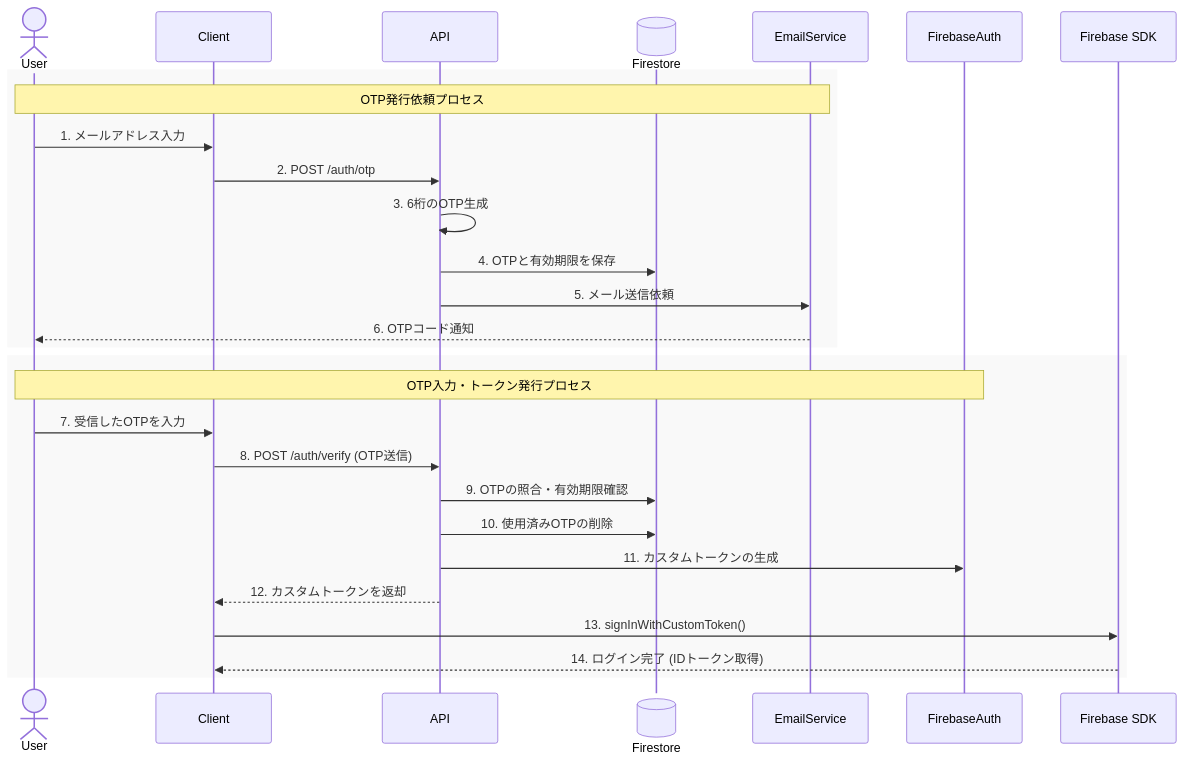
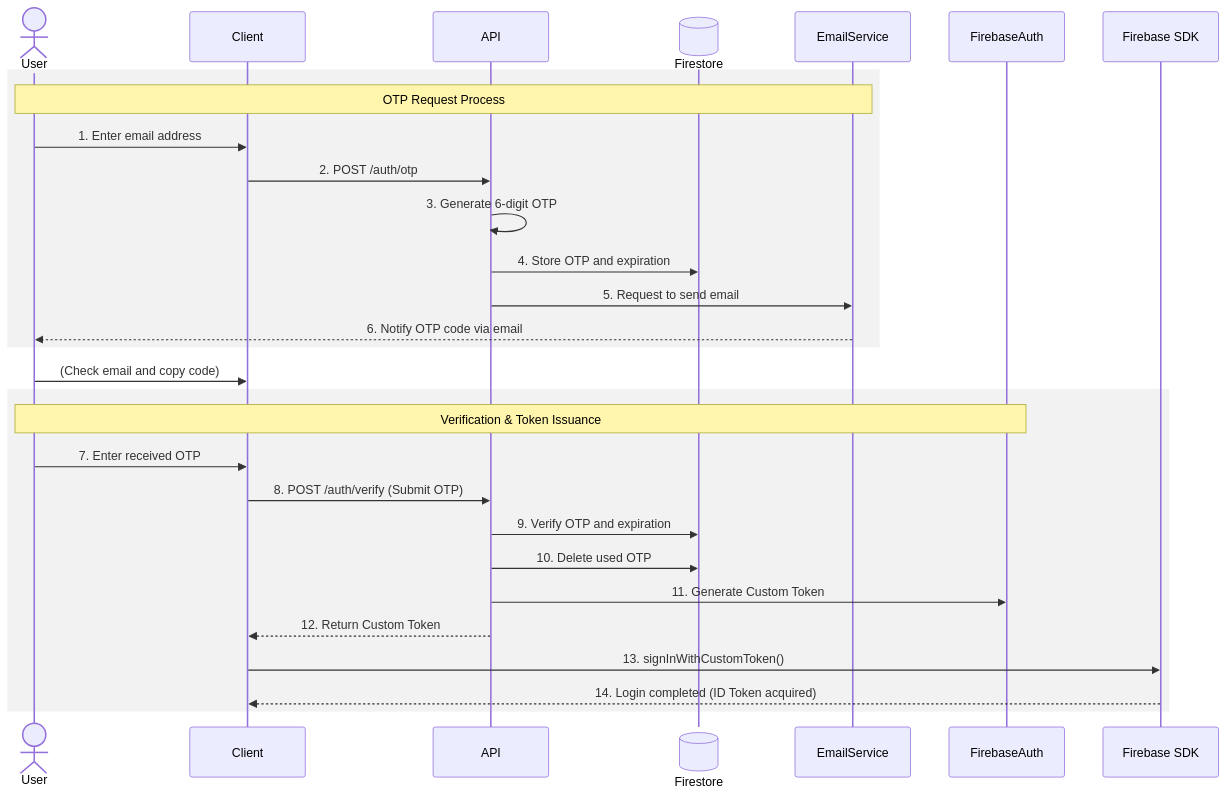
The diagram in README.md (OTakumi/custom_auth_with_firebase), drawn with Mermaid before and after one commit.

Commit message:
Translate OTP process descriptions to English

````diff
--- a/README.md
+++ b/README.md
@@ -15,34 +15,36 @@
 ```mermaid
 sequenceDiagram
     actor User
     participant Client
     participant API
     participant Firestore@{ "type":"database" }
     participant EmailService
     participant FirebaseAuth
 
-    %% --- OTP発行依頼プロセス ---
-    rect rgb(128, 128, 128, 0.05)
-    　Note over User, EmailService: OTP発行依頼プロセス
-    　User->>Client: 1. メールアドレス入力
-    　Client->>API: 2. POST /auth/otp
-    　API->>API: 3. 6桁のOTP生成
-    　API->>Firestore: 4. OTPと有効期限を保存
-    　API->>EmailService: 5. メール送信依頼
-    　EmailService-->>User: 6. OTPコード通知
+    %% --- OTP Request Process ---
+    rect rgb(128, 128, 128, 0.1)
+        Note over User, EmailService: OTP Request Process
+        User->>Client: 1. Enter email address
+        Client->>API: 2. POST /auth/otp
+        API->>API: 3. Generate 6-digit OTP
+        API->>Firestore: 4. Store OTP and expiration
+        API->>EmailService: 5. Request to send email
+        EmailService-->>User: 6. Notify OTP code via email
     end
 
-    %% --- OTP入力・トークン発行プロセス ---
-    rect rgb(128, 128, 128, 0.05)
-    　Note over User, FirebaseAuth: OTP入力・トークン発行プロセス
-    　User->>Client: 7. 受信したOTPを入力
-    　Client->>API: 8. POST /auth/verify (OTP送信)
-    　API->>Firestore: 9. OTPの照合・有効期限確認
-    　API->>Firestore: 10. 使用済みOTPの削除
-    　API->>FirebaseAuth: 11. カスタムトークンの生成
-    　API-->>Client: 12. カスタムトークンを返却
+    User->>Client: (Check email and copy code)
+
+    %% --- OTP Verification & Token Issuance Process ---
+    rect rgb(128, 128, 128, 0.1)
+        Note over User, FirebaseAuth: Verification & Token Issuance
+        User->>Client: 7. Enter received OTP
+        Client->>API: 8. POST /auth/verify (Submit OTP)
+        API->>Firestore: 9. Verify OTP and expiration
+        API->>Firestore: 10. Delete used OTP
+        API->>FirebaseAuth: 11. Generate Custom Token
+        API-->>Client: 12. Return Custom Token
     
-    　Client->>Firebase SDK: 13. signInWithCustomToken()
-    　Firebase SDK-->>Client: 14. ログイン完了 (IDトークン取得)
+        Client->>Firebase SDK: 13. signInWithCustomToken()
+        Firebase SDK-->>Client: 14. Login completed (ID Token acquired)
     end
 ```
````
